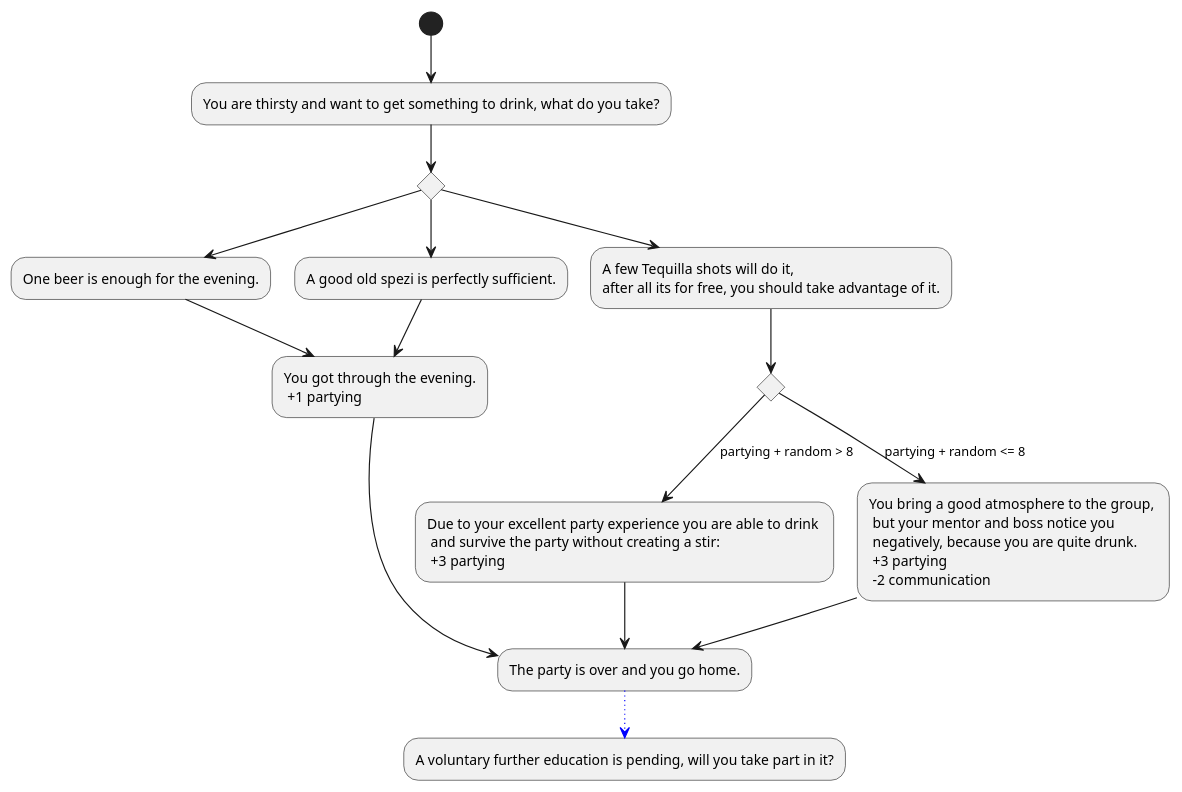
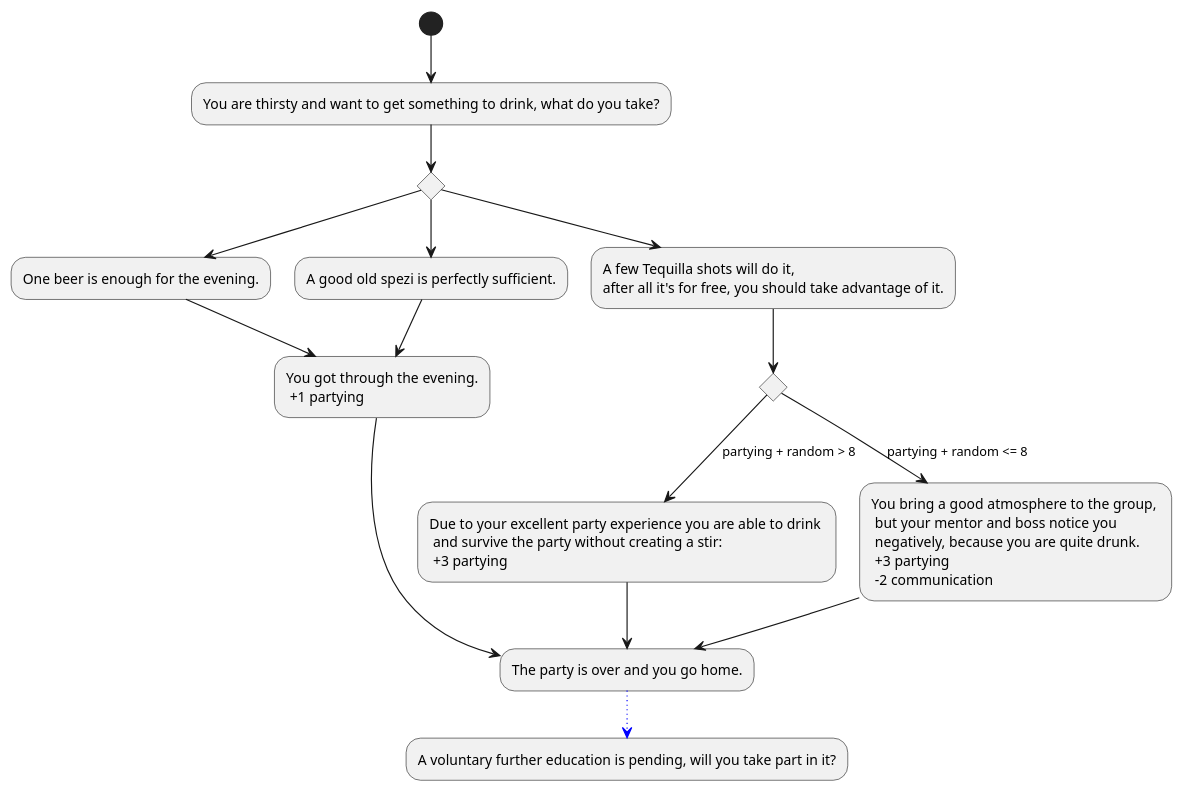
The diagram in Docs/Technical Specifications/docs/diagrams/StoryFlow/StoryFlow_Decision_8.puml (Brotenko/QualityQuest), drawn with PlantUML before and after one commit.

Commit message:
Update Docs/Technical Specifications/docs/diagrams/StoryFlow/StoryFlow_Decision_8.puml

```diff
--- a/Docs/Technical Specifications/docs/diagrams/StoryFlow/StoryFlow_Decision_8.puml
+++ b/Docs/Technical Specifications/docs/diagrams/StoryFlow/StoryFlow_Decision_8.puml
@@ -1,21 +1,21 @@
 @startuml
 (*) --> "You are thirsty and want to get something to drink, what do you take?" as alc
 if "" then 
 --> "One beer is enough for the evening." as genießen
 genießen --> "You got through the evening.\n +1 partying" as party
 else 
 --> "A good old spezi is perfectly sufficient."
 --> party
 else 
---> "A few Tequilla shots will do it, \nafter all its for free, you should take advantage of it." as saufen
+--> "A few Tequilla shots will do it, \nafter all it's for free, you should take advantage of it." as saufen
 if "" then 
 --> [partying + random > 8] "Due to your excellent party experience you are able to drink \n and survive the party without creating a stir: \n +3 partying" as alci
 else 
 --> [partying + random <= 8] "You bring a good atmosphere to the group, \n but your mentor and boss notice you \n negatively, because you are quite drunk.\n +3 partying \n -2 communication"
 endif
 --> "The party is over and you go home." as hause
 party --> hause
 alci --> hause
 -[#blue,dotted]-> "A voluntary further education is pending, will you take part in it?"
 
 @enduml
```
